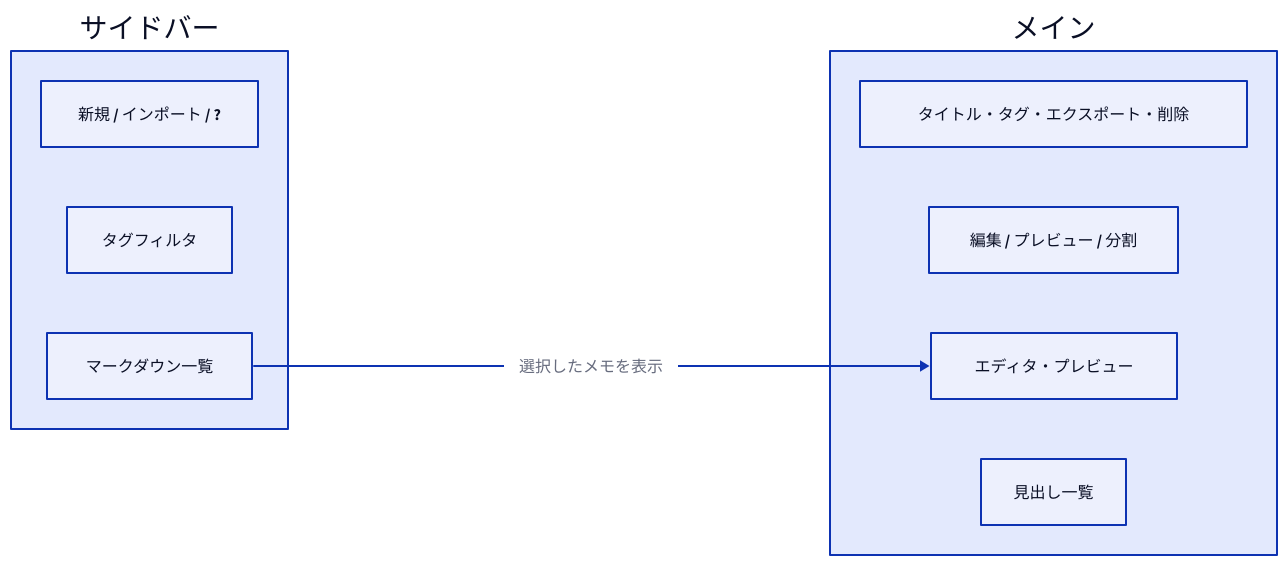
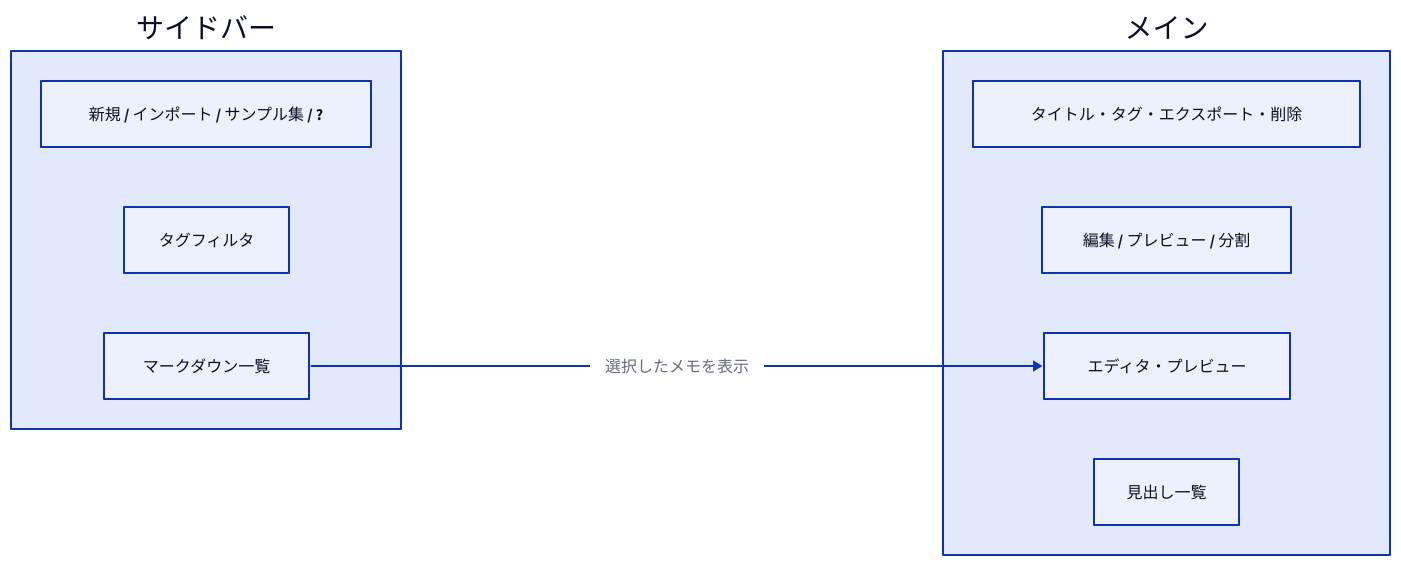
One commit to morststs/sirusita changed the first of 3 diagrams in contents/Sirusita の使い方.md. Above: the diagram before and after it, drawn with D2. The commit also changed other lines of this file and 15 other files, not shown here.

````diff
--- a/contents/Sirusita の使い方.md
+++ b/contents/Sirusita の使い方.md
@@ -19,15 +19,15 @@
 ```d2
 direction: right
 sidebar: サイドバー {
-  actions: "新規 / インポート / ?"
+  actions: "新規 / インポート / サンプル集 / ?"
   tags: タグフィルタ
   list: マークダウン一覧
 }
 main: メイン {
   toolbar: "タイトル・タグ・エクスポート・削除"
   tabs: "編集 / プレビュー / 分割"
   body: エディタ・プレビュー
   toc: 見出し一覧
 }
 sidebar.list -> main.body: 選択したメモを表示
 ```
````
